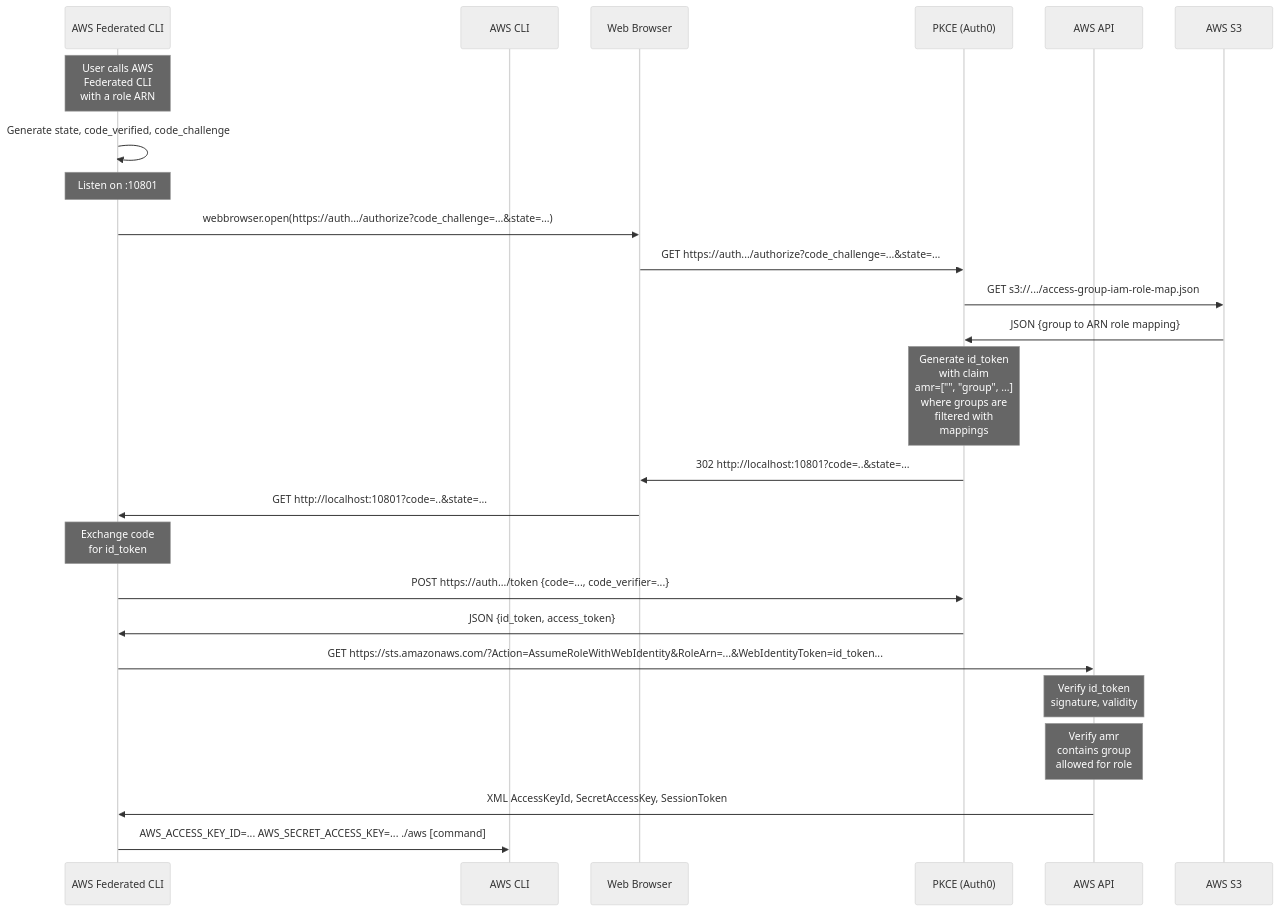
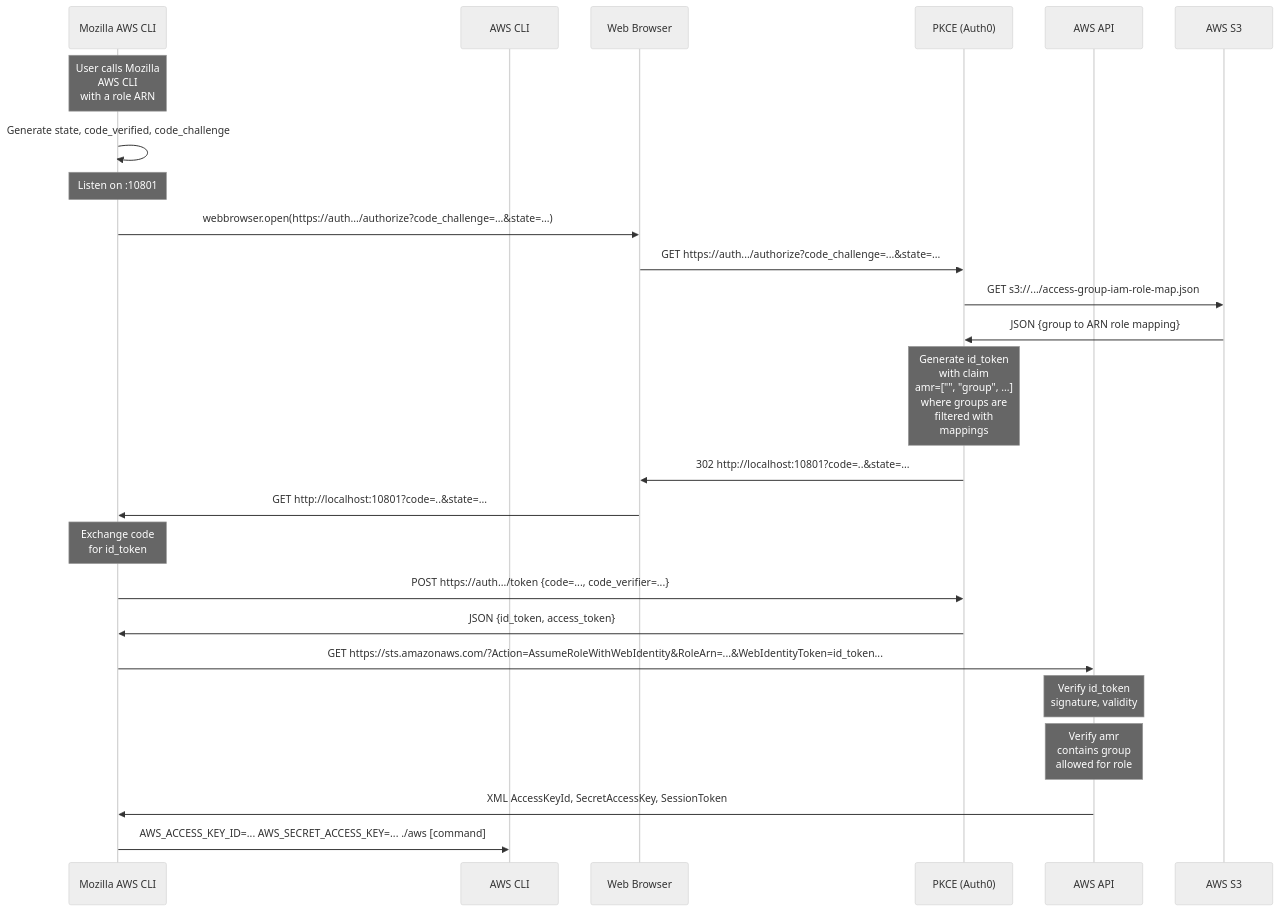
Before and after one commit to mozilla-iam/mozilla-aws-cli: the diagram in docs/img/sequence.md, drawn with Mermaid (neutral theme). The commit also changed 15 other files, not shown here.

First line of the commit message:
Change all references from federated-aws-cli to mozilla-aws-cli

````diff
--- a/docs/img/sequence.md
+++ b/docs/img/sequence.md
@@ -1,32 +1,32 @@
 ```mermaid
 sequenceDiagram
 
-participant FCLI as AWS Federated CLI
+participant FCLI as Mozilla AWS CLI
 participant ACLI as AWS CLI
 participant WB as Web Browser
 participant PKCE as PKCE (Auth0)
 participant AWS as AWS API
 participant S3 as AWS S3
 
-Note over FCLI: User calls AWS <br>Federated CLI<br>with a role ARN
+Note over FCLI: User calls Mozilla <br>AWS CLI<br>with a role ARN
 FCLI->>FCLI: Generate state, code_verified, code_challenge
 note over FCLI: Listen on :10801
 FCLI->>WB: webbrowser.open(https://auth.../authorize?code_challenge=...&state=...)
 WB->>PKCE: GET https://auth.../authorize?code_challenge=...&state=...
 PKCE->>S3: GET s3://.../access-group-iam-role-map.json
 S3->>PKCE: JSON {group to ARN role mapping}
 
 note over PKCE: Generate id_token <br>with claim <br>amr=["", "group", ...]<br>where groups are <br>filtered with<br>mappings
 PKCE->>WB: 302 http://localhost:10801?code=..&state=...
 WB->>FCLI: GET http://localhost:10801?code=..&state=...
 
 note over FCLI: Exchange code<br> for id_token
 FCLI->>PKCE: POST https://auth.../token {code=..., code_verifier=...}
 PKCE->>FCLI: JSON {id_token, access_token}
 FCLI->>AWS:  GET https://sts.amazonaws.com/?Action=AssumeRoleWithWebIdentity&RoleArn=...&WebIdentityToken=id_token...
 note over AWS: Verify id_token <br>signature, validity
 note over AWS: Verify amr<br>contains group<br>allowed for role
 AWS->>FCLI: XML AccessKeyId, SecretAccessKey, SessionToken
 
 FCLI->>ACLI: AWS_ACCESS_KEY_ID=... AWS_SECRET_ACCESS_KEY=... ./aws [command]
 ```
````
